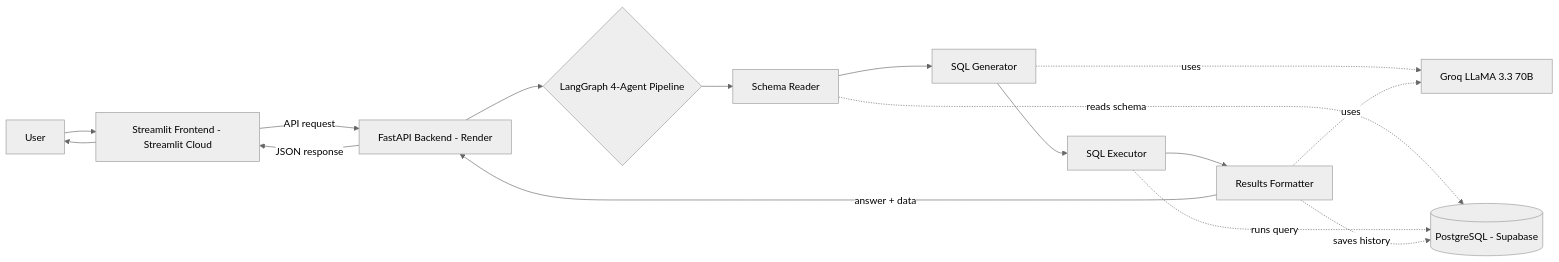
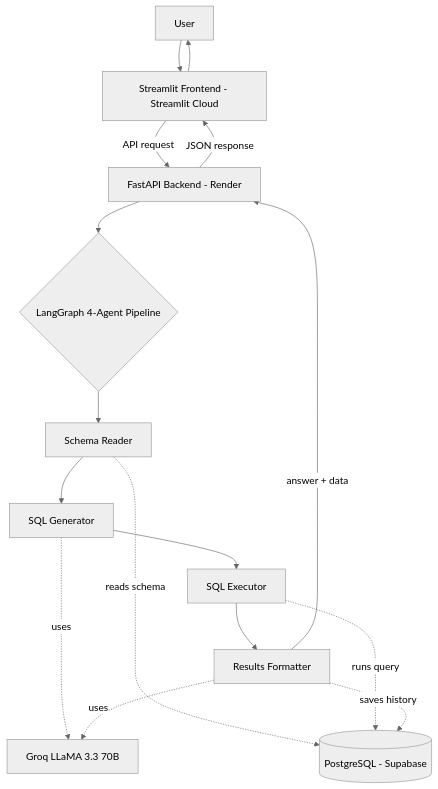
Before and after one commit to Murtaza-data/datamind-ai: the diagram in README.md, drawn with Mermaid (neutral theme). The commit also changed other lines of this file, not shown here.

````diff
--- a/README.md
+++ b/README.md
@@ -16,18 +18,18 @@
 ```mermaid
-flowchart LR
+flowchart TD
     U[User] --> F[Streamlit Frontend - Streamlit Cloud]
     F -->|API request| B[FastAPI Backend - Render]
     B --> P{LangGraph 4-Agent Pipeline}
     P --> A1[Schema Reader]
     A1 --> A2[SQL Generator]
     A2 --> A3[SQL Executor]
     A3 --> A4[Results Formatter]
     A1 -.reads schema.-> DB[(PostgreSQL - Supabase)]
     A2 -.uses.-> LLM[Groq LLaMA 3.3 70B]
     A3 -.runs query.-> DB
     A4 -.uses.-> LLM
     A4 -.saves history.-> DB
     A4 -->|answer + data| B
     B -->|JSON response| F
     F --> U
 ```
````
